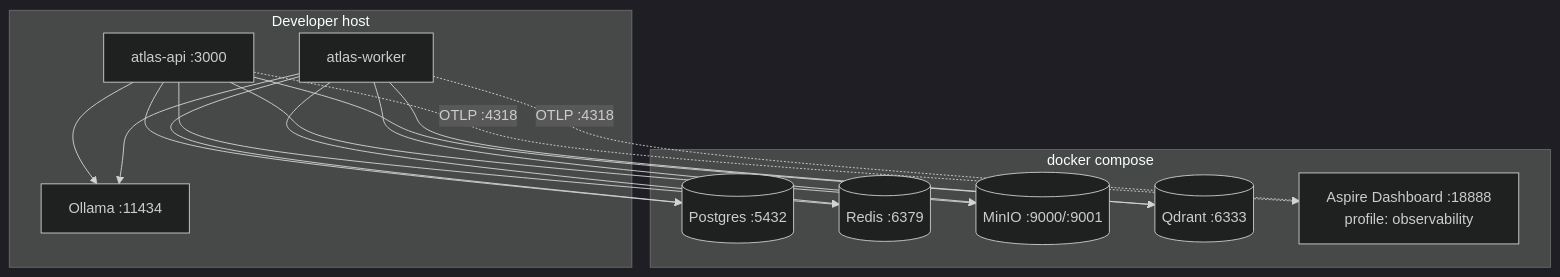
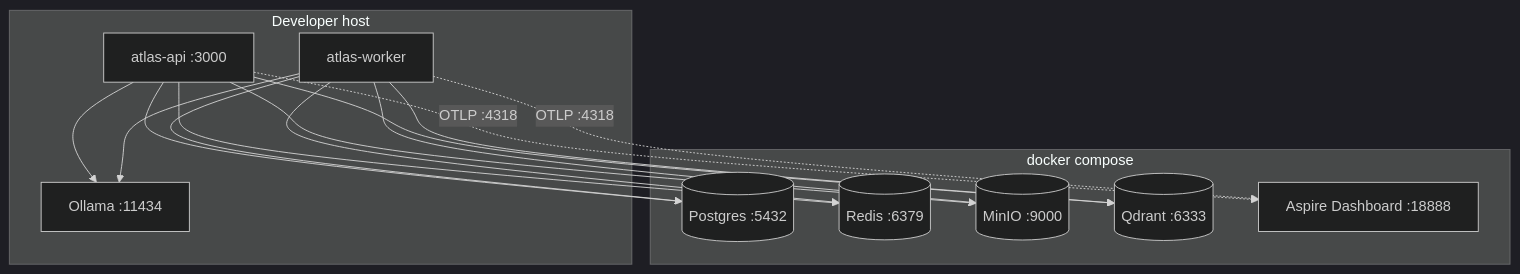
Before and after one commit to EBay1992/atlas: the first of 2 diagrams in docs/architecture/deployment.md, drawn with Mermaid (dark theme). The commit also changed other lines of this file and 3 other files, not shown here.

First line of the commit message:
docs: fix Mermaid diagrams for GitHub rendering

````diff
--- a/docs/architecture/deployment.md
+++ b/docs/architecture/deployment.md
@@ -7,27 +7,27 @@
 ```mermaid
 flowchart TB
   subgraph host [Developer host]
-    Ollama[Ollama :11434]
-    API[atlas-api :3000]
-    Worker[atlas-worker]
+    Ollama["Ollama :11434"]
+    API["atlas-api :3000"]
+    Worker["atlas-worker"]
   end
   subgraph compose [docker compose]
-    PG[(Postgres :5432)]
-    Redis[(Redis :6379)]
-    MinIO[(MinIO :9000/:9001)]
-    Qdrant[(Qdrant :6333)]
-    Dash[Aspire Dashboard :18888<br/>profile: observability]
+    PG[("Postgres :5432")]
+    Redis[("Redis :6379")]
+    MinIO[("MinIO :9000")]
+    Qdrant[("Qdrant :6333")]
+    Dash["Aspire Dashboard :18888"]
   end
   API --> PG
   API --> Redis
   API --> MinIO
   API --> Qdrant
   API --> Ollama
   Worker --> PG
   Worker --> Redis
   Worker --> MinIO
   Worker --> Qdrant
   Worker --> Ollama
-  API -.->|OTLP :4318| Dash
-  Worker -.->|OTLP :4318| Dash
+  API -.->|"OTLP :4318"| Dash
+  Worker -.->|"OTLP :4318"| Dash
 ```
````
